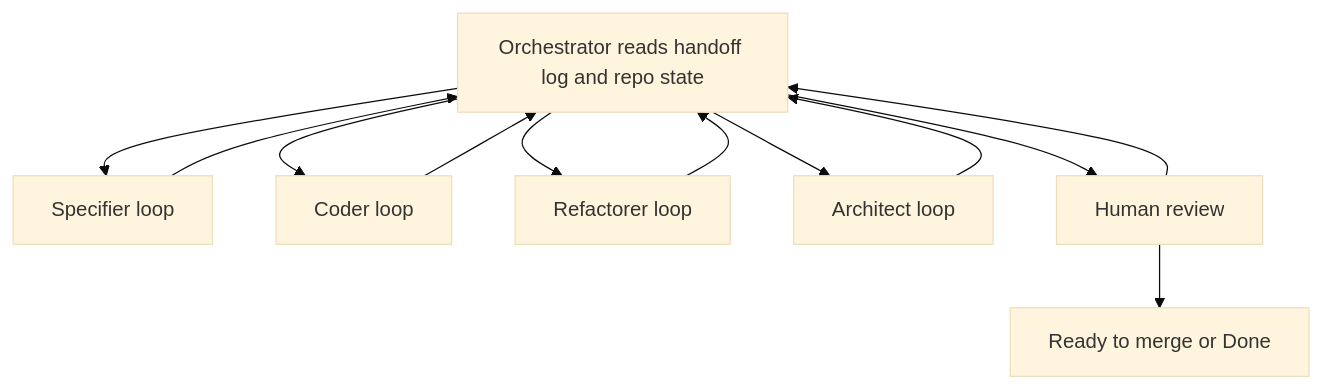
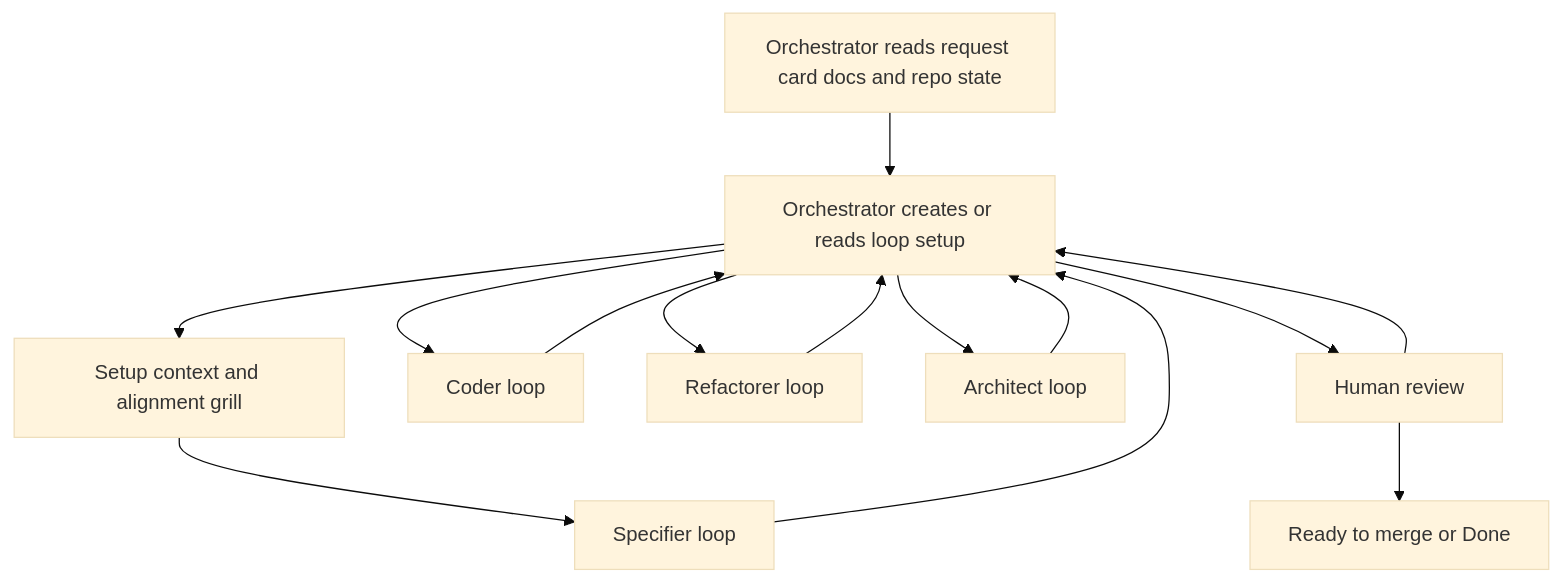
The diagram in docs/agents/codegraphy-loop.md (joesobo/CodeGraphyV4), drawn with Mermaid (base theme) before and after one commit. The commit also changed other lines of this file and 1 other file, not shown here.

````diff
--- a/docs/agents/codegraphy-loop.md
+++ b/docs/agents/codegraphy-loop.md
@@ -49,22 +81,26 @@
 ```mermaid
 flowchart TD
-    O["Orchestrator reads handoff log and repo state"]
+    P["Orchestrator reads request card docs and repo state"]
+    O["Orchestrator creates or reads loop setup"]
+    G["Setup context and alignment grill"]
     S["Specifier loop"]
     C["Coder loop"]
     R["Refactorer loop"]
     A["Architect loop"]
     H["Human review"]
     D["Ready to merge or Done"]
 
-    O --> S
+    P --> O
+    O --> G
+    G --> S
     S --> O
     O --> C
     C --> O
     O --> R
     R --> O
     O --> A
     A --> O
     O --> H
     H --> O
     H --> D
 ```
````
